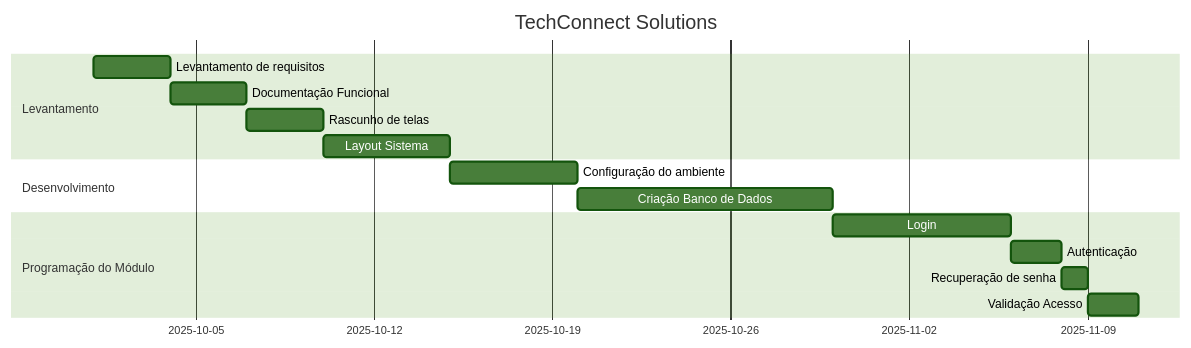
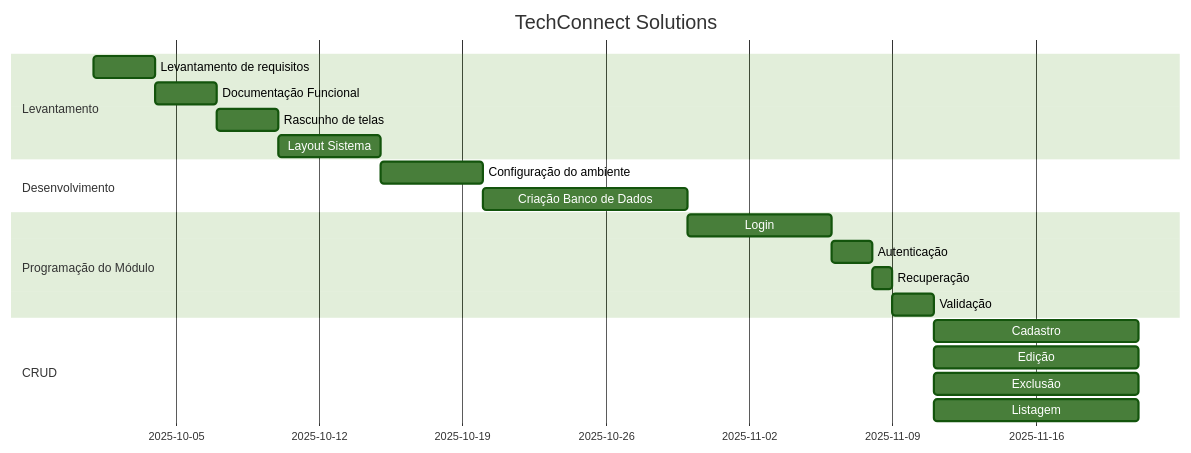
One commit to AnandaMazine/Grafico-Gantt changed the first of 3 diagrams in README.md. Above: the diagram before and after it, drawn with Mermaid (forest theme).

````diff
--- a/README.md
+++ b/README.md
@@ -1,21 +1,28 @@
 ```mermaid
 gantt
 title TechConnect Solutions
 dateFormat YYYY-MM-DD
 section Levantamento
 Levantamento de requisitos:lr, 2025-10-01, 3d
 Documentação Funcional:df, after lr, 3d
 Rascunho de telas:rt, after df, 3d
 Layout Sistema:ls, after rt, 5d
 
 section Desenvolvimento
 Configuração do ambiente:ca, after ls, 5d
 Criação Banco de Dados:db, after ca, 10d
 
 section Programação do Módulo
 Login:lo, after db, 7d
 Autenticação:at, after lo, 2d
-Recuperação de senha:rs, after at, 1d
-Validação Acesso:va, after rs, 2d
+Recuperação:rs, after at, 1d
+Validação:va, after rs, 2d
+
+section CRUD
+Cadastro:ct, after va, 10d
+Edição:ed, after va, 10d
+Exclusão:ex, after va, 10d
+Listagem:li, after va, 10d
+
 
 ```
````
